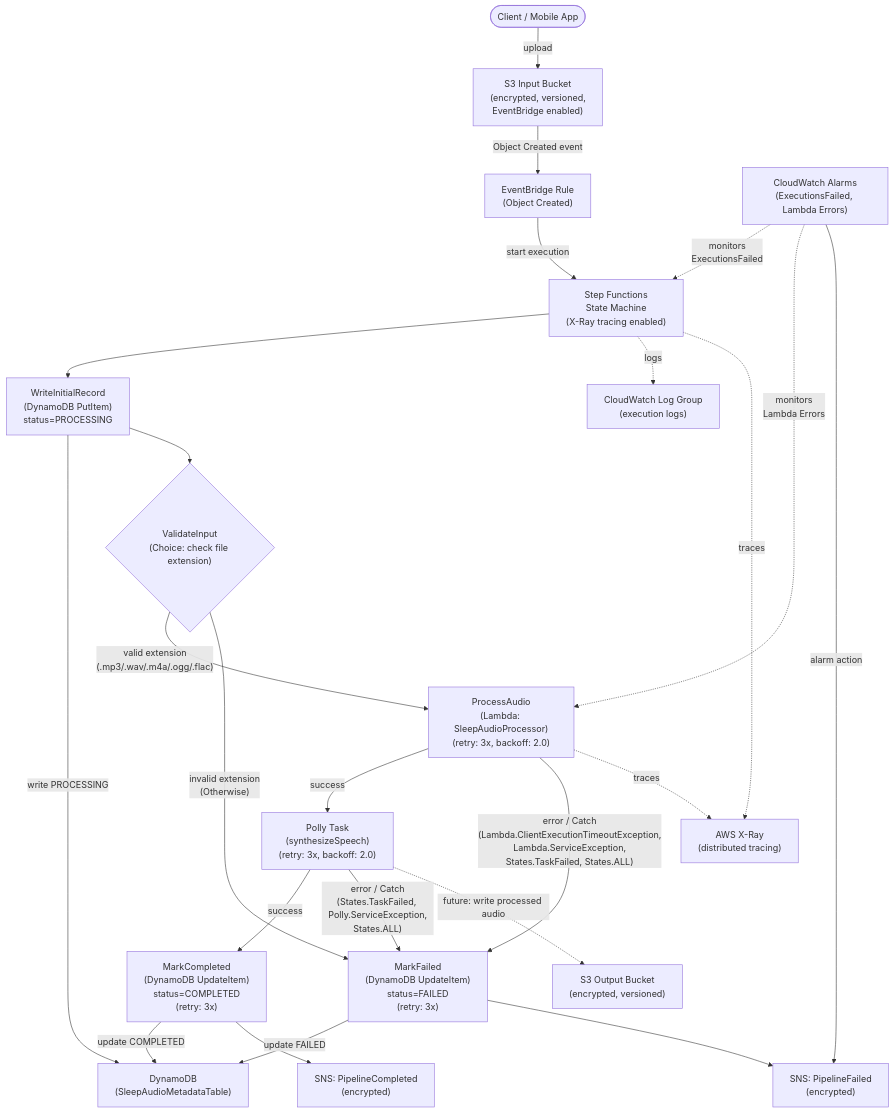
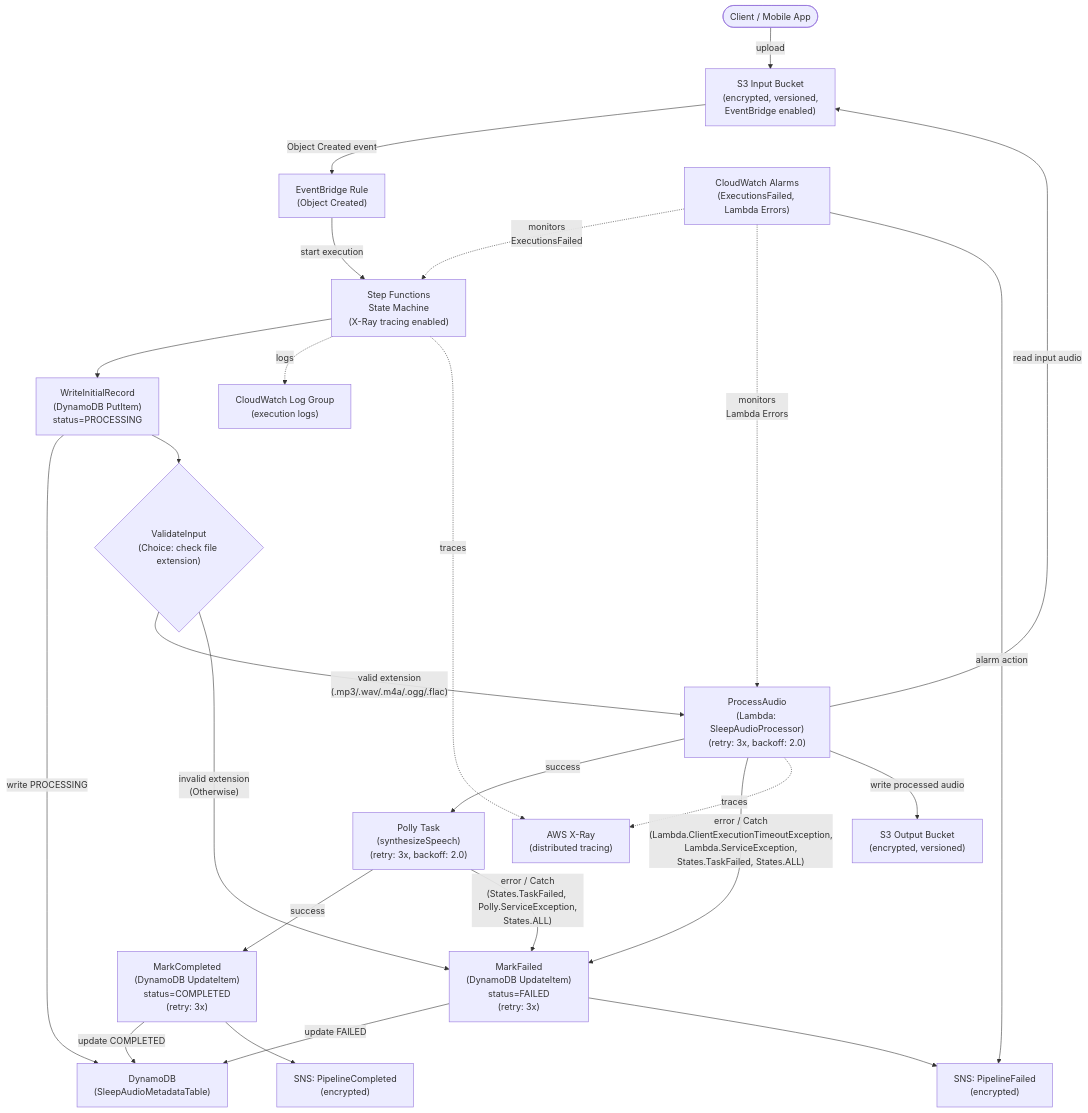
The second of 4 diagrams in ARCHITECTURE.md (obstreperous-ai/cdk-sleep-go-kiro), drawn with Mermaid before and after one commit. The commit also changed other lines of this file and 4 other files, not shown here.

First line of the commit message:
feat: grant Lambda S3 read access on input bucket and update documentation

````diff
--- a/ARCHITECTURE.md
+++ b/ARCHITECTURE.md
@@ -299,45 +331,46 @@
 ```mermaid
 flowchart TD
     Client([Client / Mobile App])
 
     S3In["S3 Input Bucket\n(encrypted, versioned,\nEventBridge enabled)"]
     EB["EventBridge Rule\n(Object Created)"]
     SFN["Step Functions\nState Machine\n(X-Ray tracing enabled)"]
     PutItem["WriteInitialRecord\n(DynamoDB PutItem)\nstatus=PROCESSING"]
     ValidateInput{"ValidateInput\n(Choice: check file extension)"}
     ProcessAudio["ProcessAudio\n(Lambda: SleepAudioProcessor)\n(retry: 3x, backoff: 2.0)"]
     Polly["Polly Task\n(synthesizeSpeech)\n(retry: 3x, backoff: 2.0)"]
     MarkCompleted["MarkCompleted\n(DynamoDB UpdateItem)\nstatus=COMPLETED\n(retry: 3x)"]
     MarkFailed["MarkFailed\n(DynamoDB UpdateItem)\nstatus=FAILED\n(retry: 3x)"]
     SNSOk["SNS: PipelineCompleted\n(encrypted)"]
     SNSErr["SNS: PipelineFailed\n(encrypted)"]
     DDB["DynamoDB\n(SleepAudioMetadataTable)"]
     CWLogs["CloudWatch Log Group\n(execution logs)"]
     CWAlarms["CloudWatch Alarms\n(ExecutionsFailed, Lambda Errors)"]
     XRay["AWS X-Ray\n(distributed tracing)"]
     S3Out["S3 Output Bucket\n(encrypted, versioned)"]
 
     Client -->|upload| S3In
     S3In -->|Object Created event| EB
     EB -->|start execution| SFN
     SFN --> PutItem
     PutItem -->|write PROCESSING| DDB
     PutItem --> ValidateInput
     ValidateInput -->|"valid extension\n(.mp3/.wav/.m4a/.ogg/.flac)"| ProcessAudio
     ValidateInput -->|"invalid extension\n(Otherwise)"| MarkFailed
     ProcessAudio -->|success| Polly
     ProcessAudio -->|"error / Catch\n(Lambda.ClientExecutionTimeoutException,\nLambda.ServiceException,\nStates.TaskFailed, States.ALL)"| MarkFailed
     Polly -->|success| MarkCompleted
     Polly -->|"error / Catch\n(States.TaskFailed, Polly.ServiceException,\nStates.ALL)"| MarkFailed
     MarkCompleted -->|update COMPLETED| DDB
     MarkCompleted --> SNSOk
     MarkFailed -->|update FAILED| DDB
     MarkFailed --> SNSErr
     SFN -. logs .-> CWLogs
     CWAlarms -. "monitors\nExecutionsFailed" .-> SFN
     CWAlarms -. "monitors\nLambda Errors" .-> ProcessAudio
     CWAlarms -->|alarm action| SNSErr
     SFN -. traces .-> XRay
     ProcessAudio -. traces .-> XRay
-    Polly -.->|future: write processed audio| S3Out
+    ProcessAudio -->|read input audio| S3In
+    ProcessAudio -->|write processed audio| S3Out
 ```
````
